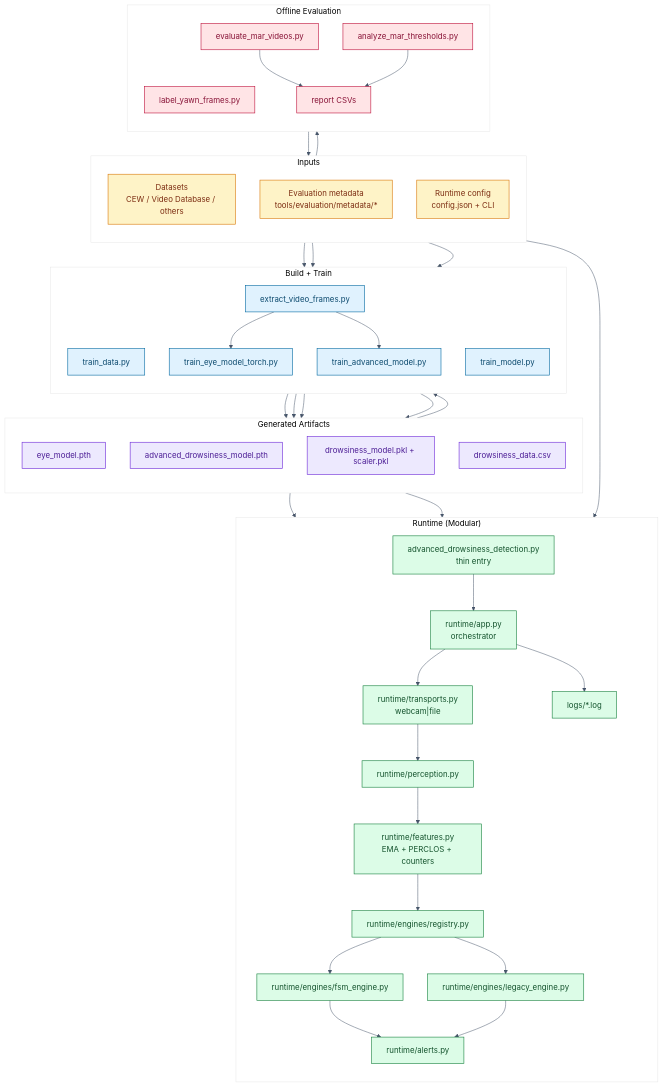
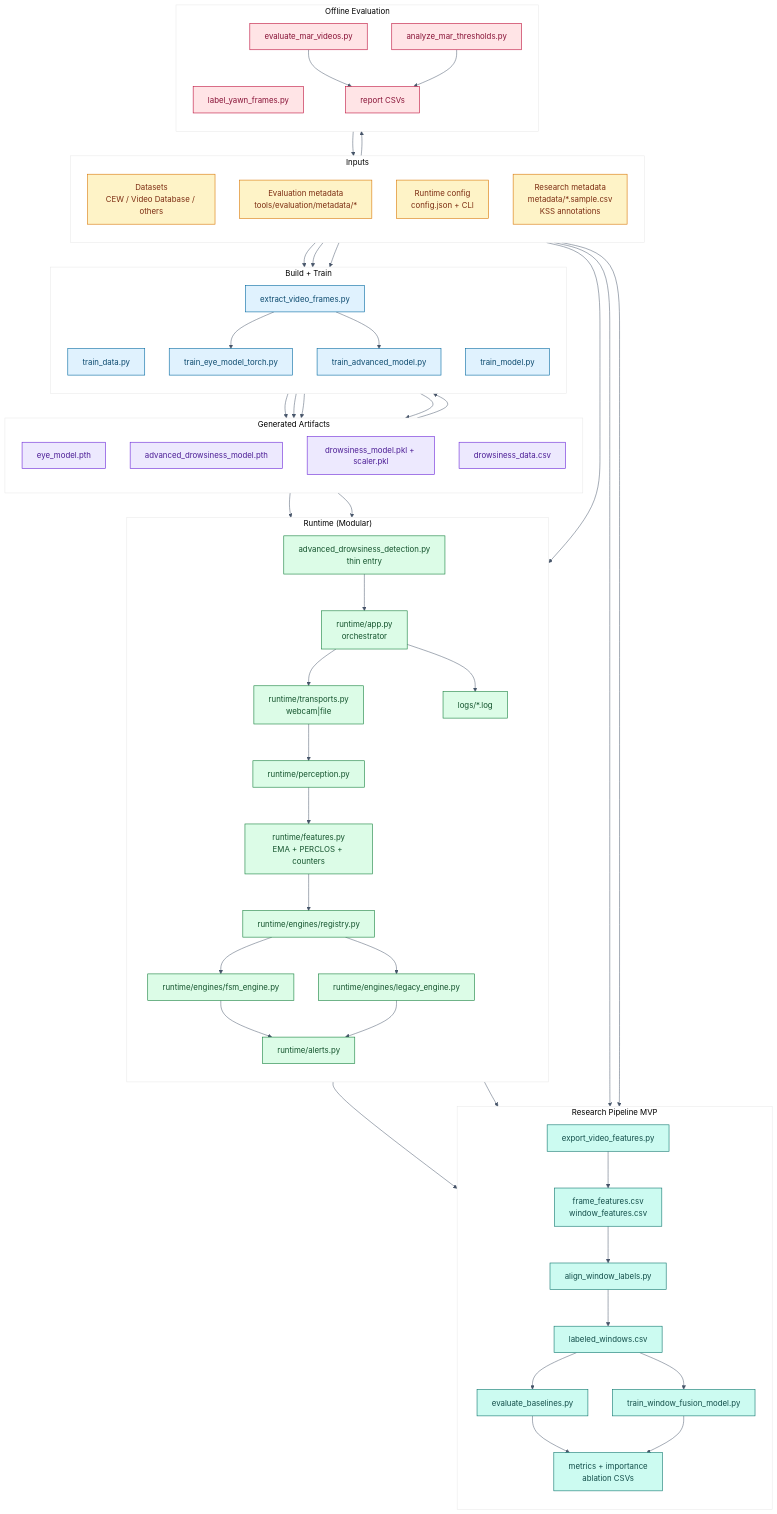
One commit to tridhm/drowsiness_detection changed the first of 4 diagrams in docs/architecture/Codebase_Visual_Map.md. Above: the diagram before and after it, drawn with Mermaid. The commit also changed other lines of this file and 6 other files, not shown here.

Commit message:
docs: document research pipeline workflow

````diff
--- a/docs/architecture/Codebase_Visual_Map.md
+++ b/docs/architecture/Codebase_Visual_Map.md
@@ -12,6 +12,7 @@
         I1["Datasets<br/>CEW / Video Database / others"]
         I2["Evaluation metadata<br/>tools/evaluation/metadata/*"]
         I3["Runtime config<br/>config.json + CLI"]
+        I4["Research metadata<br/>metadata/*.sample.csv<br/>KSS annotations"]
     end
 
     subgraph Build["Build + Train"]
@@ -53,6 +54,17 @@
         E4["report CSVs"]
     end
 
+    subgraph Research["Research Pipeline MVP"]
+        direction TB
+        Q1["export_video_features.py"]
+        Q2["frame_features.csv<br/>window_features.csv"]
+        Q3["align_window_labels.py"]
+        Q4["labeled_windows.csv"]
+        Q5["evaluate_baselines.py"]
+        Q6["train_window_fusion_model.py"]
+        Q7["metrics + importance<br/>ablation CSVs"]
+    end
+
     I1 --> D1 --> A4 --> T3 --> A3
     I1 --> D2 --> T1 --> A1
     I1 --> D2 --> T2 --> A2
@@ -71,15 +83,26 @@
     E1 --> I2
     E3 --> E4
 
+    I1 --> Q1
+    R3 --> Q1
+    R4 --> Q1
+    Q1 --> Q2
+    I4 --> Q3
+    Q2 --> Q3 --> Q4
+    Q4 --> Q5 --> Q7
+    Q4 --> Q6 --> Q7
+
     classDef input fill:#fef3c7,stroke:#d97706,color:#7c2d12,stroke-width:1.2px;
     classDef build fill:#e0f2fe,stroke:#0369a1,color:#0c4a6e,stroke-width:1.2px;
     classDef artifact fill:#ede9fe,stroke:#6d28d9,color:#4c1d95,stroke-width:1.2px;
     classDef runtime fill:#dcfce7,stroke:#15803d,color:#14532d,stroke-width:1.2px;
     classDef eval fill:#ffe4e6,stroke:#be123c,color:#881337,stroke-width:1.2px;
+    classDef research fill:#ccfbf1,stroke:#0f766e,color:#134e4a,stroke-width:1.2px;
 
-    class I1,I2,I3 input;
+    class I1,I2,I3,I4 input;
     class D1,D2,T1,T2,T3 build;
     class A1,A2,A3,A4 artifact;
     class R0,R1,R2,R3,R4,R5,R6,R7,R8,L1 runtime;
     class E1,E2,E3,E4 eval;
+    class Q1,Q2,Q3,Q4,Q5,Q6,Q7 research;
 ```
````
